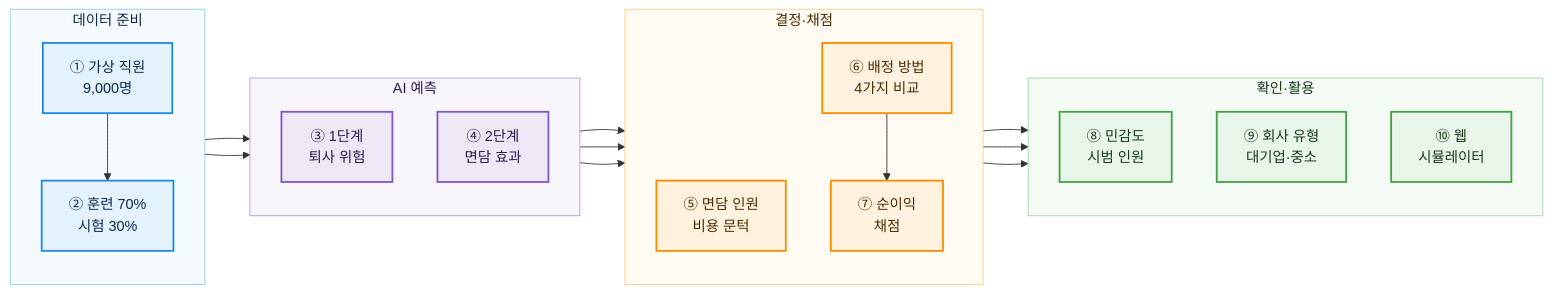
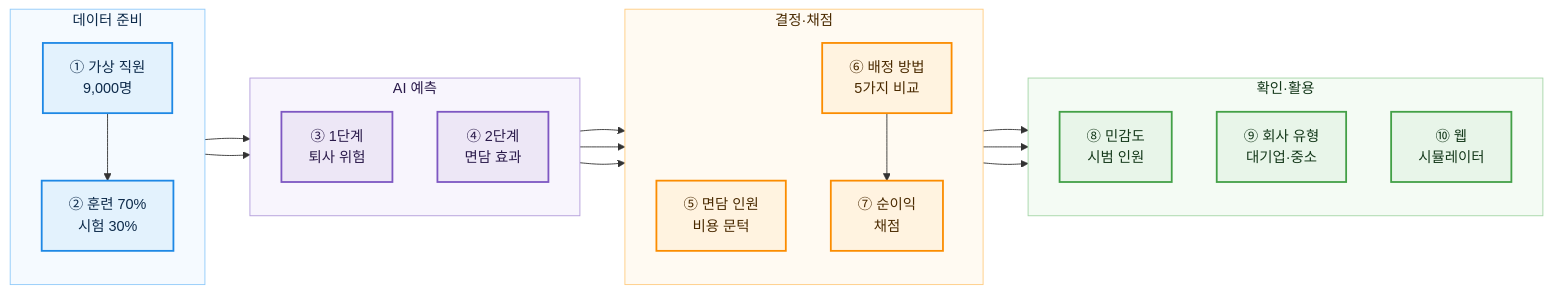
Before and after one commit to basco-git/aiffel-work: the diagram in retention-planner/README.md, drawn with Mermaid. The commit also changed other lines of this file and 39 other files, not shown here.

````diff
--- a/retention-planner/README.md
+++ b/retention-planner/README.md
@@ -173,46 +91,46 @@
 ```mermaid
 flowchart LR
   subgraph S1["데이터 준비"]
     direction TB
     A["① 가상 직원<br/>9,000명"] --> B["② 훈련 70%<br/>시험 30%"]
   end
   subgraph S2["AI 예측"]
     direction TB
     C["③ 1단계<br/>퇴사 위험"]
     E["④ 2단계<br/>면담 효과"]
   end
   subgraph S3["결정·채점"]
     direction TB
     D["⑤ 면담 인원<br/>비용 문턱"]
-    F["⑥ 배정 방법<br/>4가지 비교"]
+    F["⑥ 배정 방법<br/>5가지 비교"]
     G["⑦ 순이익<br/>채점"]
   end
   subgraph S4["확인·활용"]
     direction TB
     H["⑧ 민감도<br/>시범 인원"]
     J["⑨ 회사 유형<br/>대기업·중소"]
     I["⑩ 웹<br/>시뮬레이터"]
   end
   B --> C
   B --> E
   C --> D
   C --> F
   E --> F
   F --> G
   G --> H
   G --> J
   G --> I
 
   classDef data fill:#E3F2FD,stroke:#1E88E5,stroke-width:2px,color:#0D2A4A
   classDef model fill:#EDE7F6,stroke:#7E57C2,stroke-width:2px,color:#2A1A4A
   classDef decide fill:#FFF3E0,stroke:#FB8C00,stroke-width:2px,color:#4A2A00
   classDef check fill:#E8F5E9,stroke:#43A047,stroke-width:2px,color:#14381A
   class A,B data
   class C,E model
   class D,F,G decide
   class H,J,I check
   style S1 fill:#F5FAFF,stroke:#90CAF9,color:#0D2A4A
   style S2 fill:#F8F5FD,stroke:#B39DDB,color:#2A1A4A
   style S3 fill:#FFFAF2,stroke:#FFCC80,color:#4A2A00
   style S4 fill:#F4FBF4,stroke:#A5D6A7,color:#14381A
 ```
````
